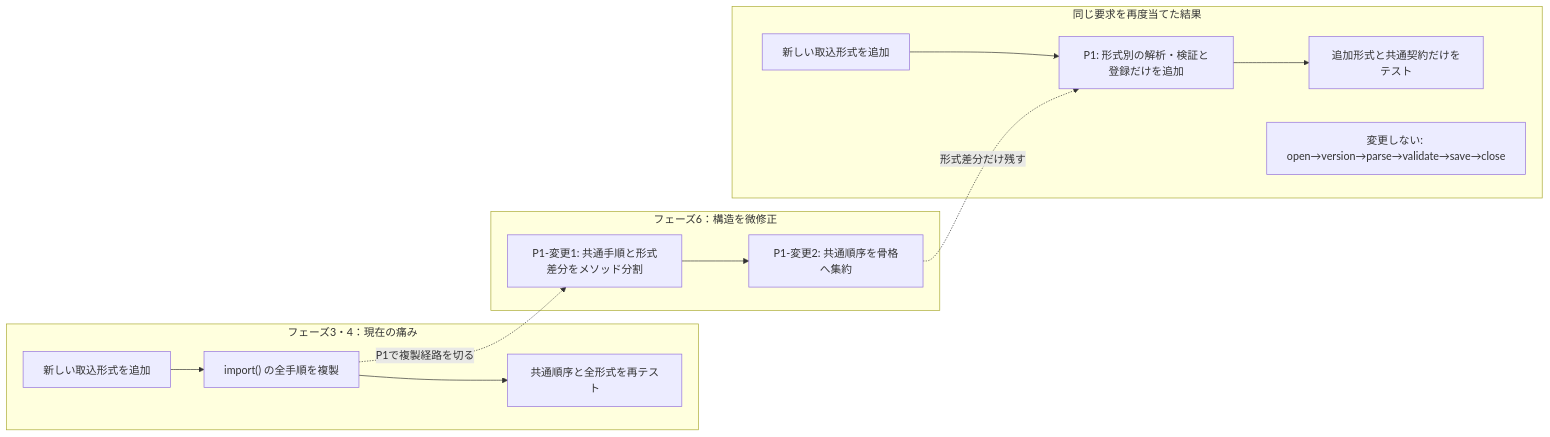
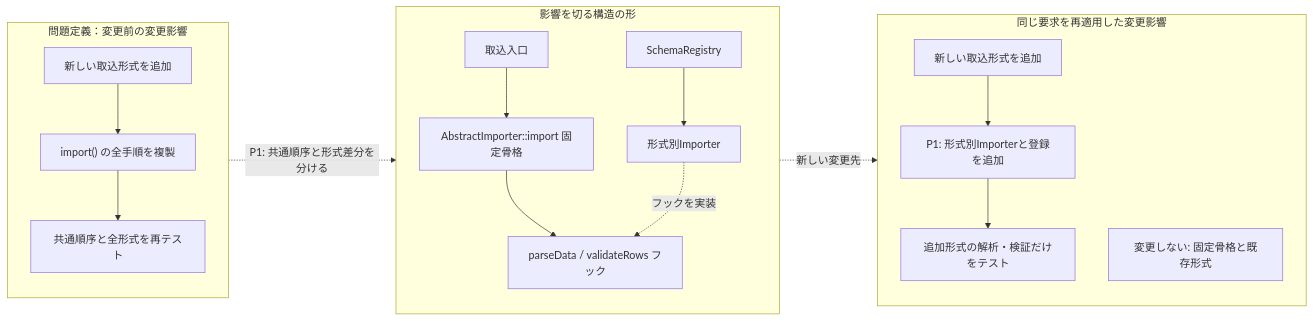
The fifth of 14 diagrams in kindle/design-patterns/output/chapter04.md (kumachan1101-pixel/DesignPattern), drawn with Mermaid before and after one commit. The commit also changed other lines of this file and 22 other files, not shown here.

Commit message:
Show structural change in impact diagrams

````diff
--- a/kindle/design-patterns/output/chapter04.md
+++ b/kindle/design-patterns/output/chapter04.md
@@ -913,17 +914,23 @@
 ```mermaid
 flowchart LR
-    subgraph Pain["フェーズ3・4：現在の痛み"]
+    subgraph Pain["問題定義：変更前の変更影響"]
+        direction TB
         CR["新しい取込形式を追加"] --> C1["import() の全手順を複製"]
         C1 --> C2["共通順序と全形式を再テスト"]
     end
-    subgraph StructuralChange["フェーズ6：構造を微修正"]
-        S1["P1-変更1: 共通手順と形式差分をメソッド分割"] --> S2["P1-変更2: 共通順序を骨格へ集約"]
+    subgraph TargetStructure["影響を切る構造の形"]
+        direction TB
+        U["取込入口"] --> AI["AbstractImporter::import 固定骨格"]
+        AI --> H["parseData / validateRows フック"]
+        FI["形式別Importer"] -. "フックを実装" .-> H
+        R["SchemaRegistry"] --> FI
     end
-    subgraph Result["同じ要求を再度当てた結果"]
-        IR["新しい取込形式を追加"] --> I1["P1: 形式別の解析・検証と登録だけを追加"]
-        I1 --> I2["追加形式と共通契約だけをテスト"]
-        IS["変更しない: open→version→parse→validate→save→close"]
+    subgraph Result["同じ要求を再適用した変更影響"]
+        direction TB
+        IR["新しい取込形式を追加"] --> I1["P1: 形式別Importerと登録を追加"]
+        I1 --> I2["追加形式の解析・検証だけをテスト"]
+        IS["変更しない: 固定骨格と既存形式"]
     end
-    C1 -. "P1で複製経路を切る" .-> S1
-    S2 -. "形式差分だけ残す" .-> I1
+    C1 -. "P1: 共通順序と形式差分を分ける" .-> AI
+    H -. "新しい変更先" .-> I1
 ```
````
